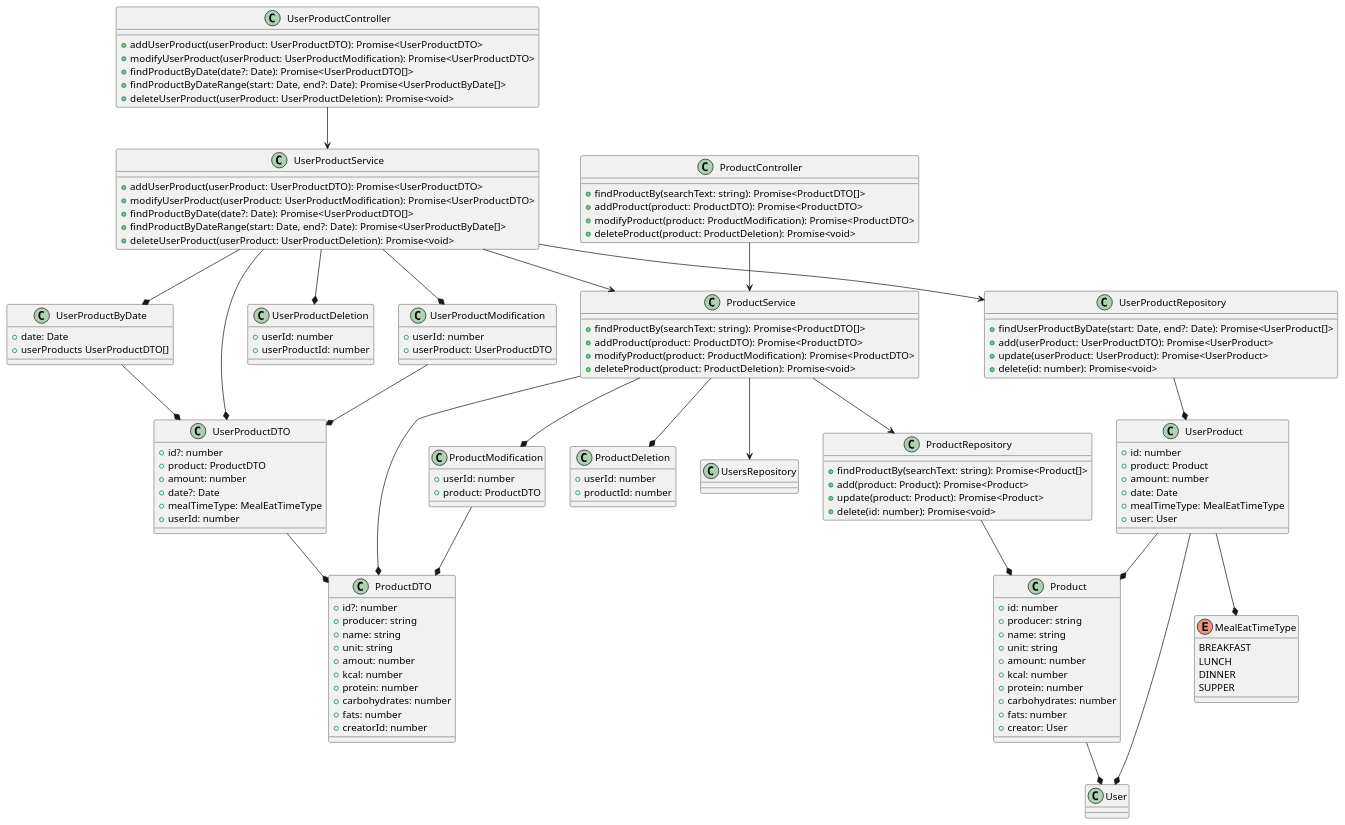
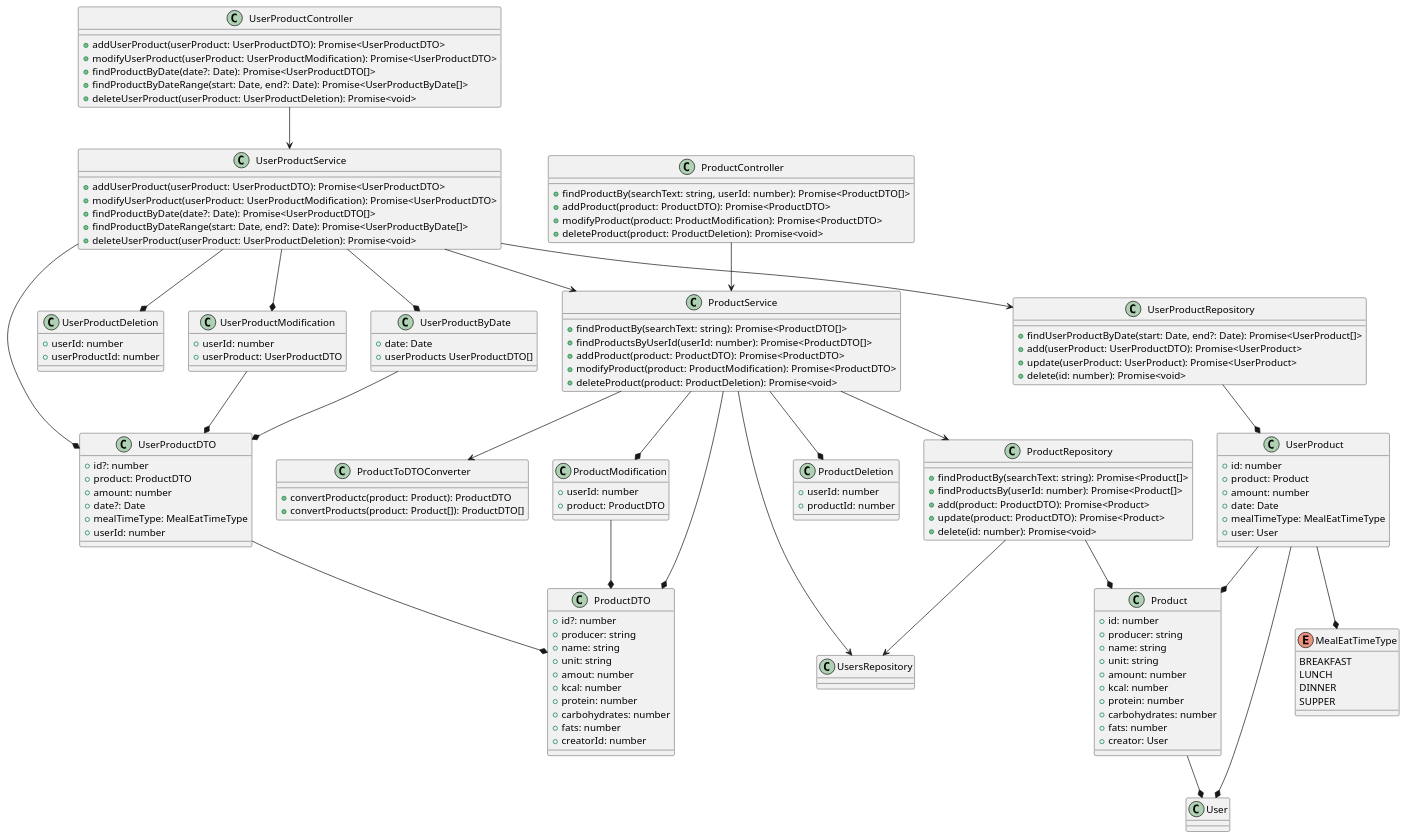
Before and after one commit to DCTRN/foodTrainerBE: the diagram in diagrams/food/products.plantuml, drawn with PlantUML. The commit also changed 16 other files, not shown here.

```diff
--- a/diagrams/food/products.plantuml
+++ b/diagrams/food/products.plantuml
@@ -1,153 +1,162 @@
 @startuml
 
 class User {
 }
 
 
 class ProductDTO {
     + id?: number
     + producer: string
     + name: string
     + unit: string
     + amout: number
     + kcal: number
     + protein: number
     + carbohydrates: number
     + fats: number
     + creatorId: number
 }
 
 class ProductModification {
     + userId: number
     + product: ProductDTO
 }
 ProductModification --* ProductDTO
 
 class ProductDeletion {
     + userId: number
     + productId: number
 }
 
 class ProductController {
-    + findProductBy(searchText: string): Promise<ProductDTO[]>
+    + findProductBy(searchText: string, userId: number): Promise<ProductDTO[]>
     + addProduct(product: ProductDTO): Promise<ProductDTO>
     + modifyProduct(product: ProductModification): Promise<ProductDTO>
     + deleteProduct(product: ProductDeletion): Promise<void>
 }
 ProductController --> ProductService
 
 class UsersRepository {
 }
 
+class ProductToDTOConverter {
+    + convertProductc(product: Product): ProductDTO
+    + convertProducts(product: Product[]): ProductDTO[]
+}
+
 class ProductService {
     + findProductBy(searchText: string): Promise<ProductDTO[]>
+    + findProductsByUserId(userId: number): Promise<ProductDTO[]>
     + addProduct(product: ProductDTO): Promise<ProductDTO>
     + modifyProduct(product: ProductModification): Promise<ProductDTO>
     + deleteProduct(product: ProductDeletion): Promise<void>
 }
 ProductService --> ProductRepository
 ProductService --> UsersRepository
+ProductService --> ProductToDTOConverter
 ProductService --* ProductDTO
 ProductService --* ProductDeletion
 ProductService --* ProductModification
 
 class ProductRepository {
     + findProductBy(searchText: string): Promise<Product[]>
-    + add(product: Product): Promise<Product>
-    + update(product: Product): Promise<Product>
+    + findProductsBy(userId: number): Promise<Product[]>
+    + add(product: ProductDTO): Promise<Product>
+    + update(product: ProductDTO): Promise<Product>
     + delete(id: number): Promise<void>
 }
 ProductRepository --* Product
+ProductRepository --> UsersRepository
 
 class Product {
     + id: number
     + producer: string
     + name: string
     + unit: string
     + amount: number
     + kcal: number
     + protein: number
     + carbohydrates: number
     + fats: number
     + creator: User
 }
 Product --* User
 
 class UserProductModification {
     + userId: number
     + userProduct: UserProductDTO
 }
 UserProductModification --* UserProductDTO
 
 class UserProductDeletion {
     + userId: number
     + userProductId: number
 }
 
 class UserProductByDate {
     + date: Date
     + userProducts UserProductDTO[]
 }
 UserProductByDate --* UserProductDTO
 
 class UserProductDTO {
     + id?: number
     + product: ProductDTO
     + amount: number
     + date?: Date
     + mealTimeType: MealEatTimeType
     + userId: number
 }
 UserProductDTO --* ProductDTO
 
 class UserProductController {
     + addUserProduct(userProduct: UserProductDTO): Promise<UserProductDTO>
     + modifyUserProduct(userProduct: UserProductModification): Promise<UserProductDTO>
     + findProductByDate(date?: Date): Promise<UserProductDTO[]>
     + findProductByDateRange(start: Date, end?: Date): Promise<UserProductByDate[]>
     + deleteUserProduct(userProduct: UserProductDeletion): Promise<void>
 }
 UserProductController --> UserProductService
 
 class UserProductService {
     + addUserProduct(userProduct: UserProductDTO): Promise<UserProductDTO>
     + modifyUserProduct(userProduct: UserProductModification): Promise<UserProductDTO>
     + findProductByDate(date?: Date): Promise<UserProductDTO[]>
     + findProductByDateRange(start: Date, end?: Date): Promise<UserProductByDate[]>
     + deleteUserProduct(userProduct: UserProductDeletion): Promise<void>
 }
 UserProductService --> UserProductRepository
 UserProductService --> ProductService
 UserProductService --* UserProductDTO
 UserProductService --* UserProductDeletion
 UserProductService --* UserProductModification
 UserProductService --* UserProductByDate
 
 class UserProductRepository {
     + findUserProductByDate(start: Date, end?: Date): Promise<UserProduct[]>
     + add(userProduct: UserProductDTO): Promise<UserProduct>
     + update(userProduct: UserProduct): Promise<UserProduct>
     + delete(id: number): Promise<void>
 }
 UserProductRepository --* UserProduct
 
 enum MealEatTimeType {
     BREAKFAST
     LUNCH
     DINNER
     SUPPER
 }
 
 class UserProduct {
     + id: number
     + product: Product
     + amount: number
     + date: Date
     + mealTimeType: MealEatTimeType
     + user: User
 }
 UserProduct --* User
 UserProduct --* Product
 UserProduct --* MealEatTimeType
 
 @enduml
```
